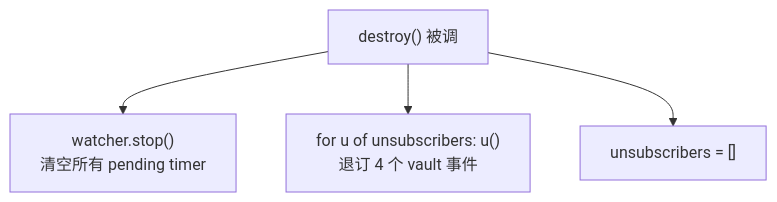
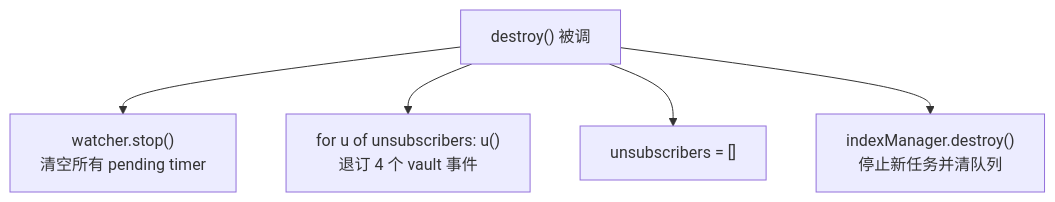
One commit to golddream-y/obsidian-ratel changed the fourth of 4 diagrams in docs/architecture/host/index-controller.md. Above: the diagram before and after it, drawn with Mermaid. The commit also changed other lines of this file and 9 other files, not shown here.

````diff
--- a/docs/architecture/host/index-controller.md
+++ b/docs/architecture/host/index-controller.md
@@ -140,6 +150,7 @@
 ```mermaid
 flowchart TB
     D["destroy() 被调"] --> FW_STOP["watcher.stop()<br/>清空所有 pending timer"]
     D --> UNSUB["for u of unsubscribers: u()<br/>退订 4 个 vault 事件"]
     D --> CLEAR["unsubscribers = []"]
+    D --> IM_STOP["indexManager.destroy()<br/>停止新任务并清队列"]
 ```
````
